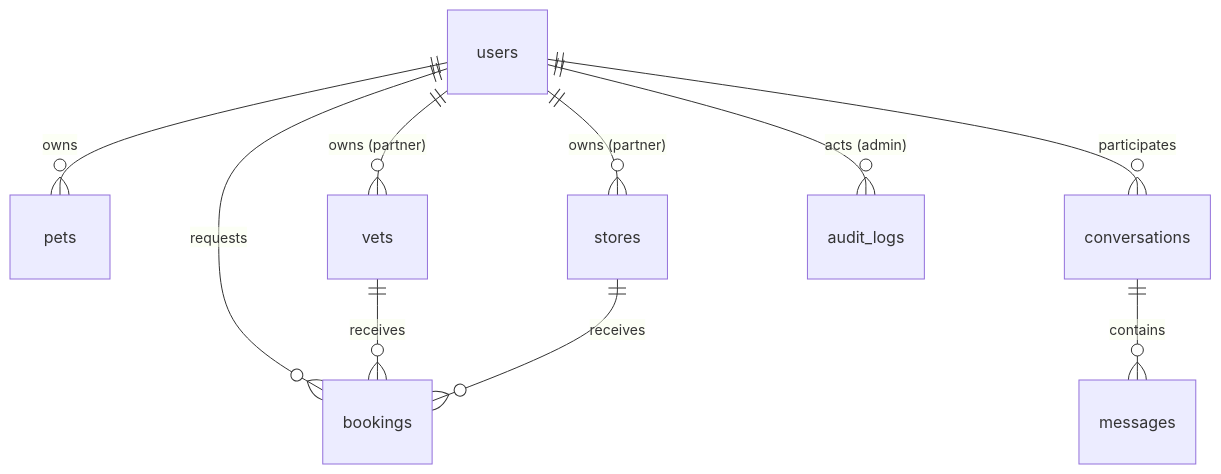
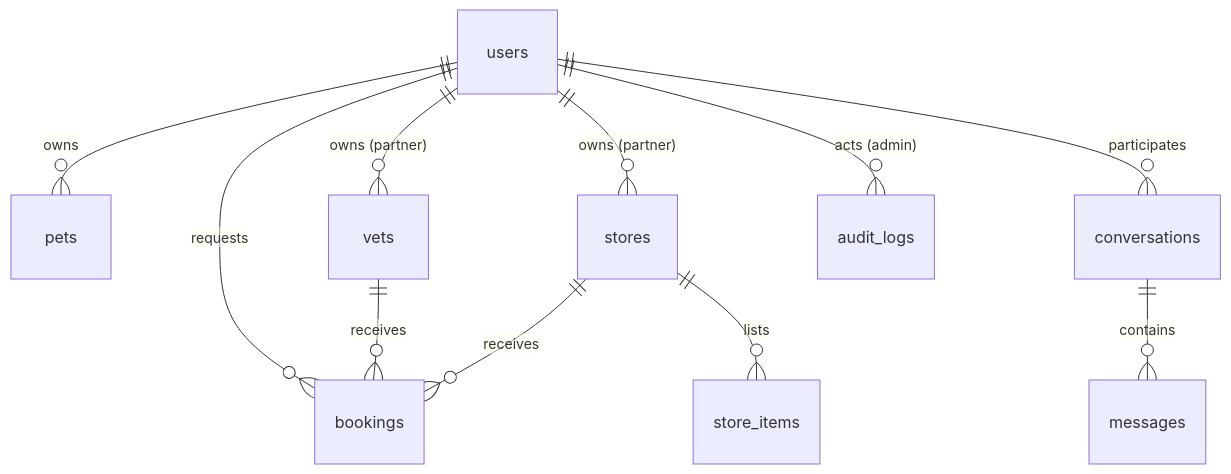
Before and after one commit to charbel12/petly: the second of 3 diagrams in docs/IMPLEMENTATION_PLAN.md, drawn with Mermaid. The commit also changed other lines of this file and 28 other files, not shown here.

Commit message:
Add store item catalogs so Home and store pages show products from nearby stores.

````diff
--- a/docs/IMPLEMENTATION_PLAN.md
+++ b/docs/IMPLEMENTATION_PLAN.md
@@ -70,12 +71,13 @@
 ```mermaid
 erDiagram
   users ||--o{ pets : owns
   users ||--o{ vets : "owns (partner)"
   users ||--o{ stores : "owns (partner)"
+  stores ||--o{ store_items : lists
   users ||--o{ conversations : participates
   conversations ||--o{ messages : contains
   users ||--o{ bookings : requests
   vets ||--o{ bookings : receives
   stores ||--o{ bookings : receives
   users ||--o{ audit_logs : "acts (admin)"
 ```
````
